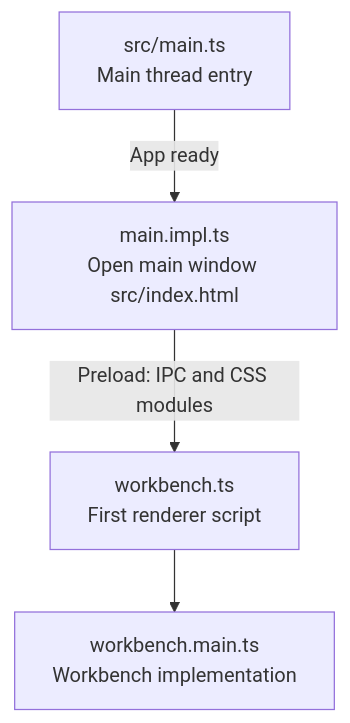
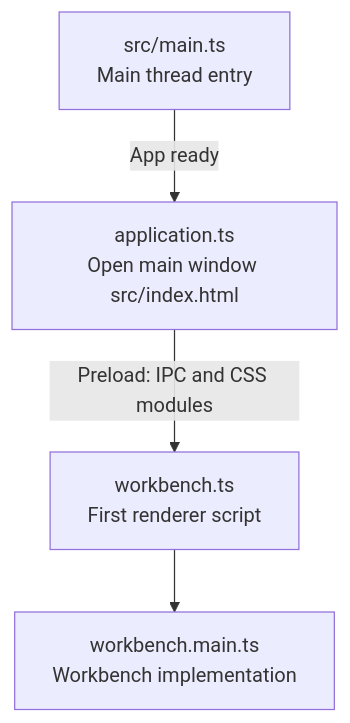
One commit to hyrious/lbq-app changed the diagram in docs/architecture.md. Above: the diagram before and after it, drawn with Mermaid. The commit also changed 12 other files, not shown here.

````diff
--- a/docs/architecture.md
+++ b/docs/architecture.md
@@ -19,6 +19,6 @@
 ```mermaid
 flowchart TD
-	Main["src/main.ts<br/>Main thread entry"] -->|App ready| MainImpl["main.impl.ts<br/>Open main window src/index.html"]
-	MainImpl -->|Preload: IPC and CSS modules| Workbench["workbench.ts<br/>First renderer script"]
+	Main["src/main.ts<br/>Main thread entry"] -->|App ready| Application["application.ts<br/>Open main window src/index.html"]
+	Application -->|Preload: IPC and CSS modules| Workbench["workbench.ts<br/>First renderer script"]
 	Workbench --> WorkbenchMain["workbench.main.ts<br/>Workbench implementation"]
 ```
````
